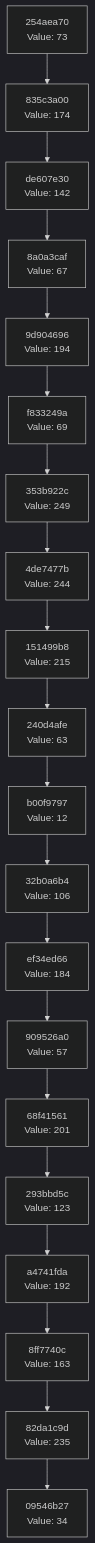
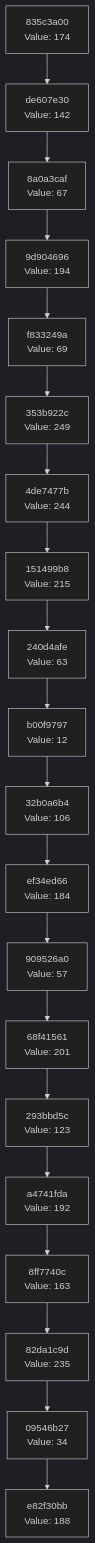
One commit to Abhisheksinha1506/hash-chain-evolver changed the diagram in docs/CHAIN_VISUALIZATION.md. Above: the diagram before and after it, drawn with Mermaid (dark theme). The commit also changed 2 other files, not shown here.

Commit message:
Evolution Step

````diff
--- a/docs/CHAIN_VISUALIZATION.md
+++ b/docs/CHAIN_VISUALIZATION.md
@@ -3,42 +3,42 @@
 ```mermaid
 graph TD
-    C0["09546b27<br/>Value: 34"]
-    C1["82da1c9d<br/>Value: 235"]
+    C0["e82f30bb<br/>Value: 188"]
+    C1["09546b27<br/>Value: 34"]
     C1 --> C0
-    C2["8ff7740c<br/>Value: 163"]
+    C2["82da1c9d<br/>Value: 235"]
     C2 --> C1
-    C3["a4741fda<br/>Value: 192"]
+    C3["8ff7740c<br/>Value: 163"]
     C3 --> C2
-    C4["293bbd5c<br/>Value: 123"]
+    C4["a4741fda<br/>Value: 192"]
     C4 --> C3
-    C5["68f41561<br/>Value: 201"]
+    C5["293bbd5c<br/>Value: 123"]
     C5 --> C4
-    C6["909526a0<br/>Value: 57"]
+    C6["68f41561<br/>Value: 201"]
     C6 --> C5
-    C7["ef34ed66<br/>Value: 184"]
+    C7["909526a0<br/>Value: 57"]
     C7 --> C6
-    C8["32b0a6b4<br/>Value: 106"]
+    C8["ef34ed66<br/>Value: 184"]
     C8 --> C7
-    C9["b00f9797<br/>Value: 12"]
+    C9["32b0a6b4<br/>Value: 106"]
     C9 --> C8
-    C10["240d4afe<br/>Value: 63"]
+    C10["b00f9797<br/>Value: 12"]
     C10 --> C9
-    C11["151499b8<br/>Value: 215"]
+    C11["240d4afe<br/>Value: 63"]
     C11 --> C10
-    C12["4de7477b<br/>Value: 244"]
+    C12["151499b8<br/>Value: 215"]
     C12 --> C11
-    C13["353b922c<br/>Value: 249"]
+    C13["4de7477b<br/>Value: 244"]
     C13 --> C12
-    C14["f833249a<br/>Value: 69"]
+    C14["353b922c<br/>Value: 249"]
     C14 --> C13
-    C15["9d904696<br/>Value: 194"]
+    C15["f833249a<br/>Value: 69"]
     C15 --> C14
-    C16["8a0a3caf<br/>Value: 67"]
+    C16["9d904696<br/>Value: 194"]
     C16 --> C15
-    C17["de607e30<br/>Value: 142"]
+    C17["8a0a3caf<br/>Value: 67"]
     C17 --> C16
-    C18["835c3a00<br/>Value: 174"]
+    C18["de607e30<br/>Value: 142"]
     C18 --> C17
-    C19["254aea70<br/>Value: 73"]
+    C19["835c3a00<br/>Value: 174"]
     C19 --> C18
 ```
````
